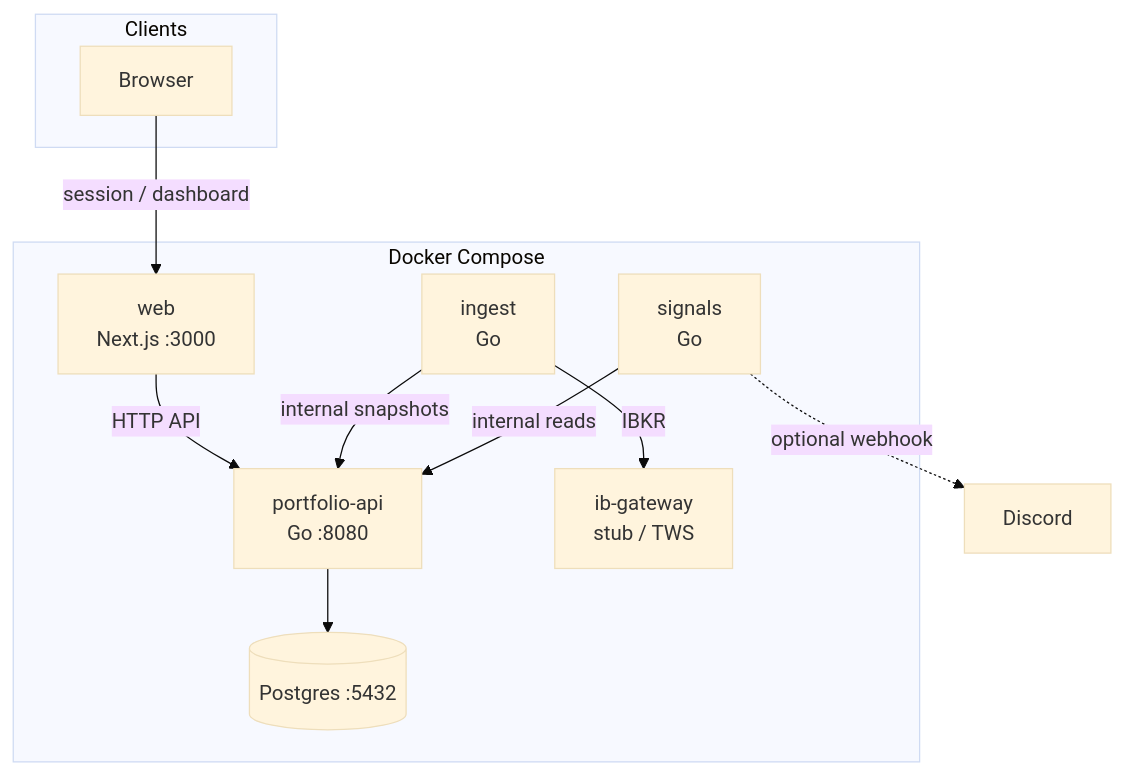
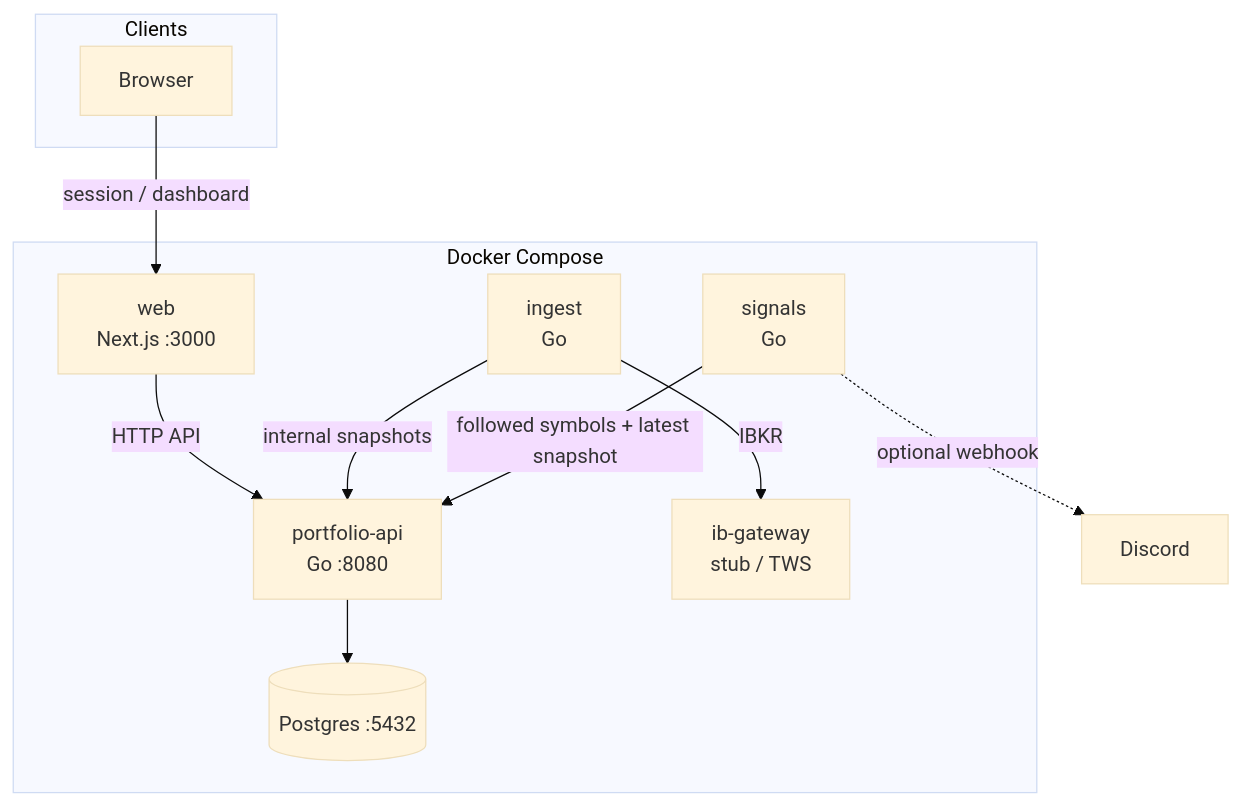
The diagram in README.md (schtvr/morgans-d-stonks), drawn with Mermaid (base theme) before and after one commit. The commit also changed other lines of this file and 25 other files, not shown here.

````diff
--- a/README.md
+++ b/README.md
@@ -18,25 +18,25 @@
 ```mermaid
 flowchart TB
   subgraph Clients
     B[Browser]
   end
 
   subgraph Compose["Docker Compose"]
     W[web<br/>Next.js :3000]
     API[portfolio-api<br/>Go :8080]
     DB[(Postgres :5432)]
     ING[ingest<br/>Go]
     SIG[signals<br/>Go]
     IB[ib-gateway<br/>stub / TWS]
   end
 
   DC[Discord]
 
   B -->|session / dashboard| W
   W -->|HTTP API| API
   API --> DB
   ING -->|IBKR| IB
   ING -->|internal snapshots| API
-  SIG -->|internal reads| API
+  SIG -->|followed symbols + latest snapshot| API
   SIG -.->|optional webhook| DC
 ```
````
